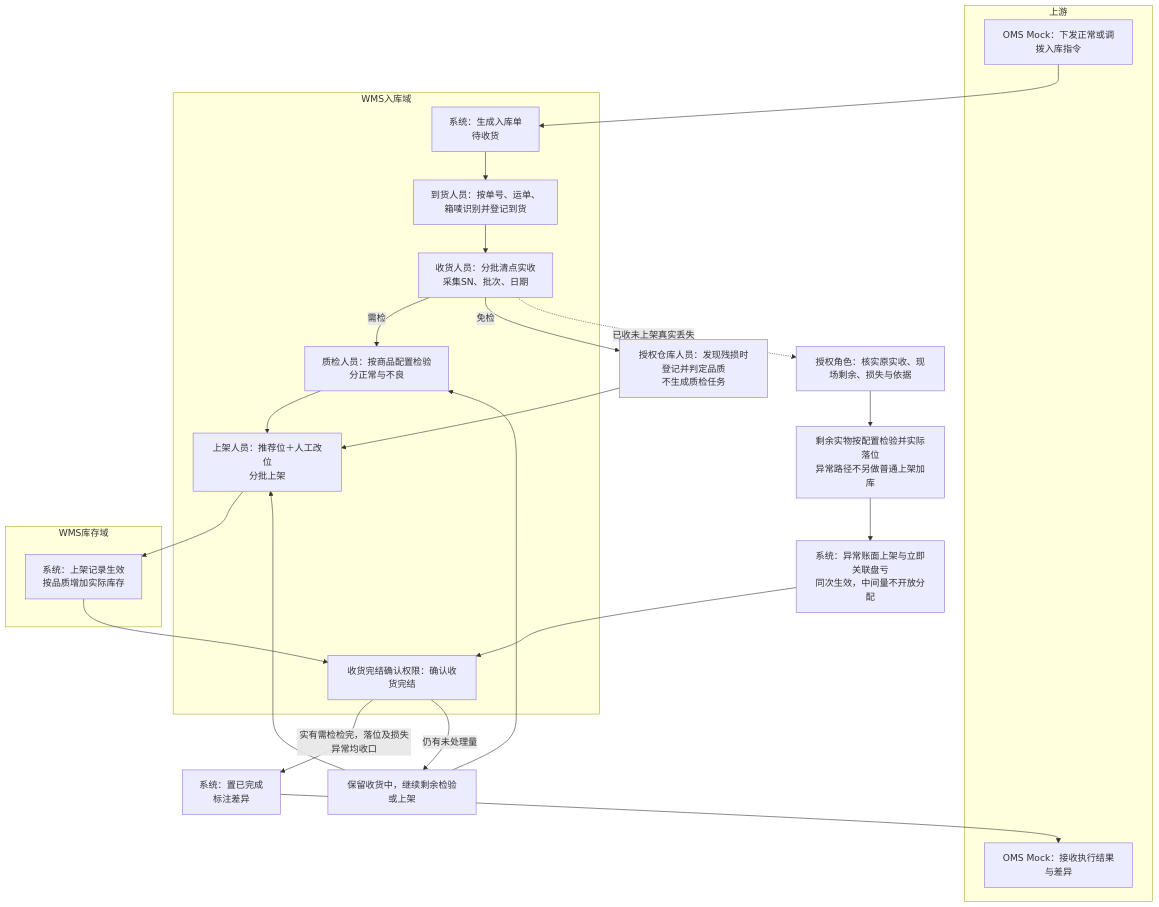
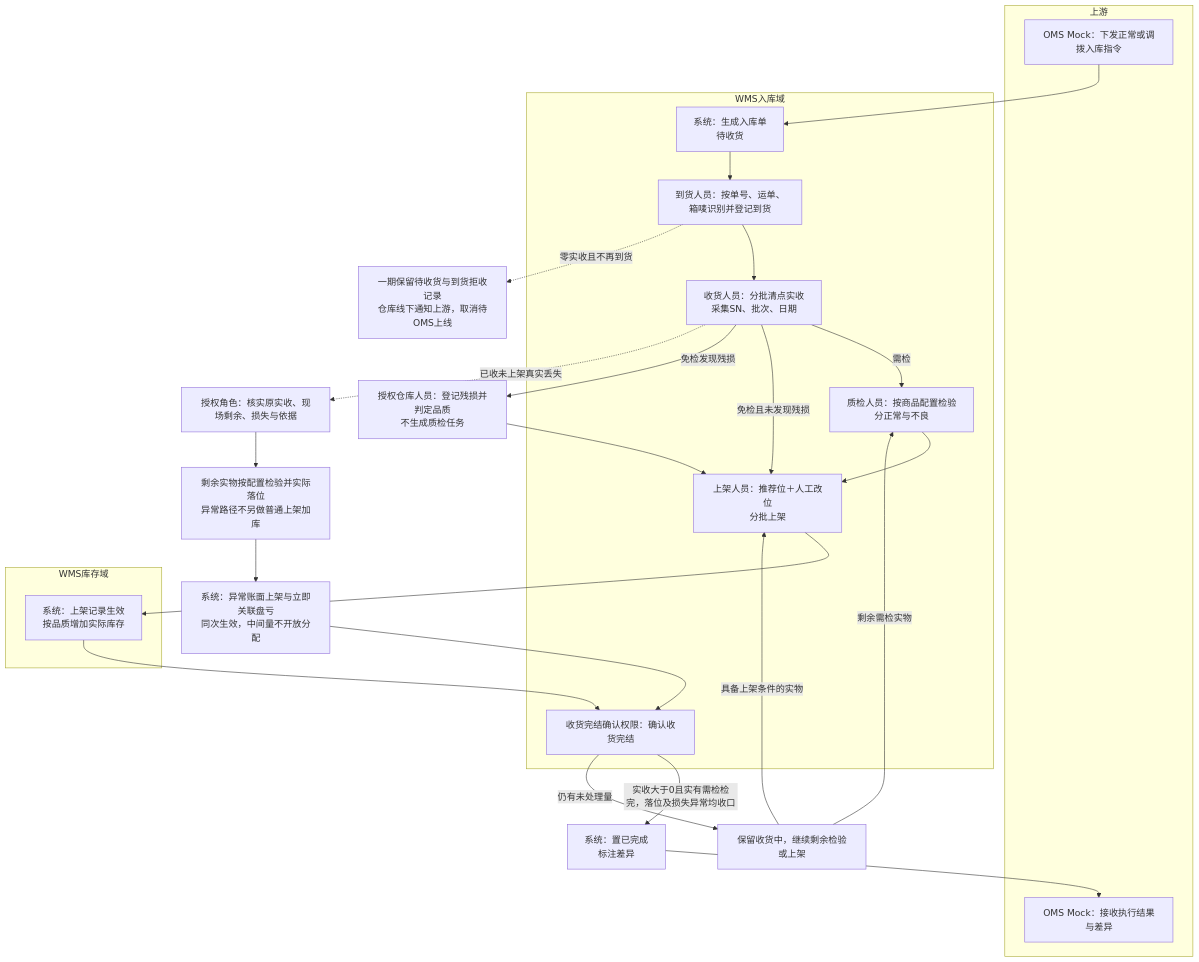
One commit to TopVitamin/QS-WMS-Project changed the second of 5 diagrams in 05-应用设计方案/20261002-MVP版本/系统架构设计/01-系统流程与单据交互.md. Above: the diagram before and after it, drawn with Mermaid. The commit also changed other lines of this file and 63 other files, not shown here.

````diff
--- a/05-应用设计方案/20261002-MVP版本/系统架构设计/01-系统流程与单据交互.md
+++ b/05-应用设计方案/20261002-MVP版本/系统架构设计/01-系统流程与单据交互.md
@@ -53,36 +53,38 @@
 ```mermaid
 flowchart TB
     subgraph 上游
         M1[OMS Mock：下发正常或调拨入库指令]
         M2[OMS Mock：接收执行结果与差异]
     end
     subgraph WMS入库域
         E1[系统：生成入库单<br/>待收货]
         R1[到货人员：按单号、运单、<br/>箱唛识别并登记到货]
         R2[收货人员：分批清点实收<br/>采集SN、批次、日期]
         Q1[质检人员：按商品配置检验<br/>分正常与不良]
         P1[上架人员：推荐位＋人工改位<br/>分批上架]
         C1[收货完结确认权限：确认收货完结]
     end
     subgraph WMS库存域
         I1[系统：上架记录生效<br/>按品质增加实际库存]
     end
     M1 --> E1
     E1 --> R1
     R1 --> R2
     R2 -->|需检| Q1
     Q1 --> P1
-    R2 -->|免检| Q2[授权仓库人员：发现残损时登记并判定品质<br/>不生成质检任务]
+    R2 -->|免检且未发现残损| P1
+    R2 -->|免检发现残损| Q2[授权仓库人员：登记残损并判定品质<br/>不生成质检任务]
     Q2 --> P1
     P1 --> I1
     I1 --> C1
-    C1 -->|实有需检检完，落位及损失异常均收口| E2[系统：置已完成<br/>标注差异]
+    C1 -->|实收大于0且实有需检检完，落位及损失异常均收口| E2[系统：置已完成<br/>标注差异]
     E2 --> M2
     C1 -->|仍有未处理量| R3[保留收货中，继续剩余检验或上架]
-    R3 --> Q1
-    R3 --> P1
+    R3 -->|剩余需检实物| Q1
+    R3 -->|具备上架条件的实物| P1
+    R1 -.->|零实收且不再到货| Z1[一期保留待收货与到货拒收记录<br/>仓库线下通知上游，取消待OMS上线]
     R2 -.->|已收未上架真实丢失| X1[授权角色：核实原实收、现场剩余、损失与依据]
     X1 --> X2[剩余实物按配置检验并实际落位<br/>异常路径不另做普通上架加库]
     X2 --> X3[系统：异常账面上架与立即关联盘亏<br/>同次生效，中间量不开放分配]
     X3 --> C1
 ```
````
